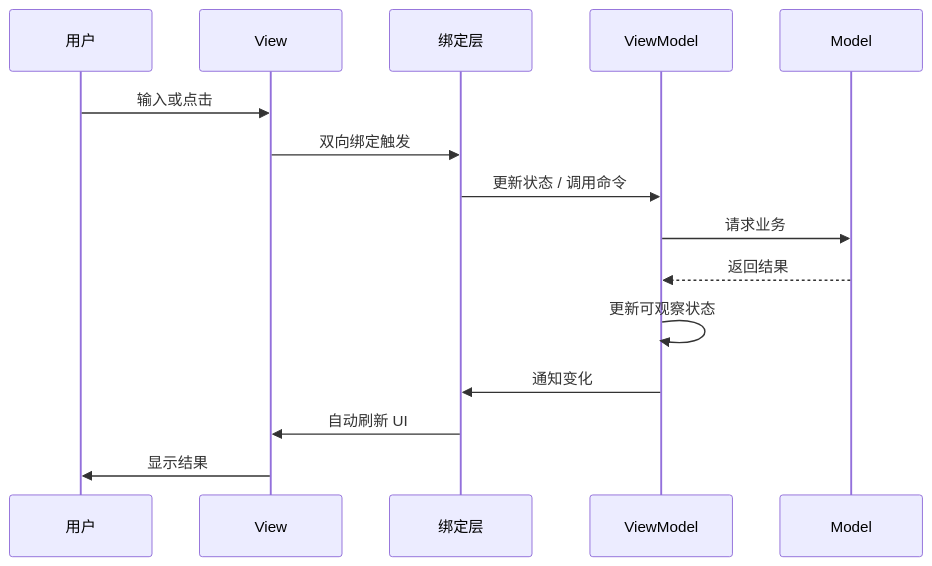
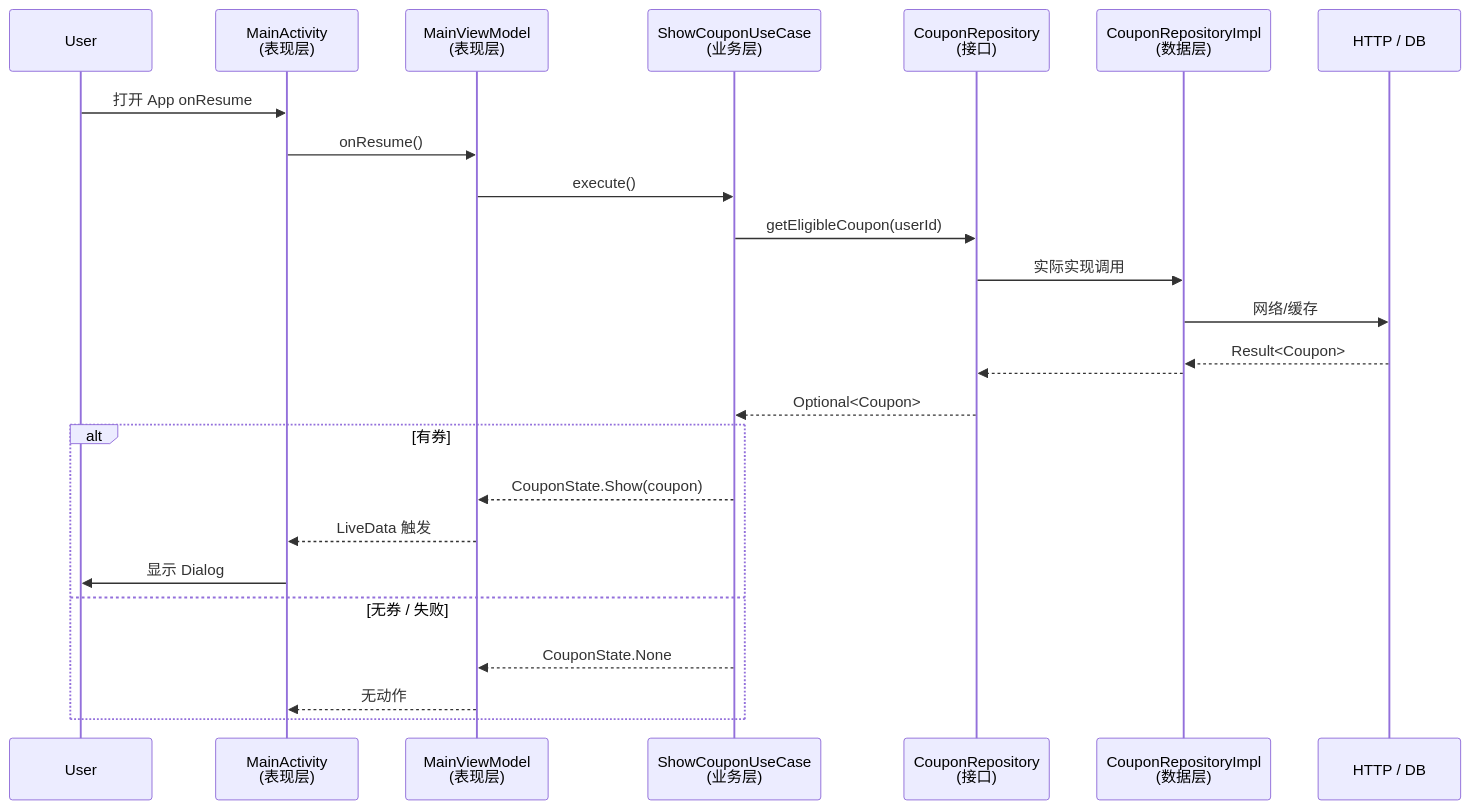
Before and after one commit to chongyang211/YCBookBlog: diagram 12 of 12 in docs/10.真经/05.方案设计思想/01.通用架构设计方案.md, drawn with Mermaid. The commit also changed other lines of this file and 36 other files, not shown here.

````diff
--- a/docs/10.真经/05.方案设计思想/01.通用架构设计方案.md
+++ b/docs/10.真经/05.方案设计思想/01.通用架构设计方案.md
@@ -421,18 +830,29 @@
 ```mermaid
 sequenceDiagram
-    participant User as 用户
-    participant View as View
-    participant Binding as 绑定层
-    participant VM as ViewModel
-    participant Model as Model
+    participant User
+    participant UI as MainActivity<br/>(表现层)
+    participant VM as MainViewModel<br/>(表现层)
+    participant UC as ShowCouponUseCase<br/>(业务层)
+    participant Repo as CouponRepository<br/>(接口)
+    participant Impl as CouponRepositoryImpl<br/>(数据层)
+    participant Net as HTTP / DB
     
-    User->>View: 输入或点击
-    View->>Binding: 双向绑定触发
-    Binding->>VM: 更新状态 / 调用命令
-    VM->>Model: 请求业务
-    Model-->>VM: 返回结果
-    VM->>VM: 更新可观察状态
-    VM->>Binding: 通知变化
-    Binding->>View: 自动刷新 UI
-    View->>User: 显示结果
+    User->>UI: 打开 App onResume
+    UI->>VM: onResume()
+    VM->>UC: execute()
+    UC->>Repo: getEligibleCoupon(userId)
+    Repo->>Impl: 实际实现调用
+    Impl->>Net: 网络/缓存
+    Net-->>Impl: Result<Coupon>
+    Impl-->>Repo: 
+    Repo-->>UC: Optional<Coupon>
+    
+    alt 有券
+        UC-->>VM: CouponState.Show(coupon)
+        VM-->>UI: LiveData 触发
+        UI->>User: 显示 Dialog
+    else 无券 / 失败
+        UC-->>VM: CouponState.None
+        VM-->>UI: 无动作
+    end
 ```
````
